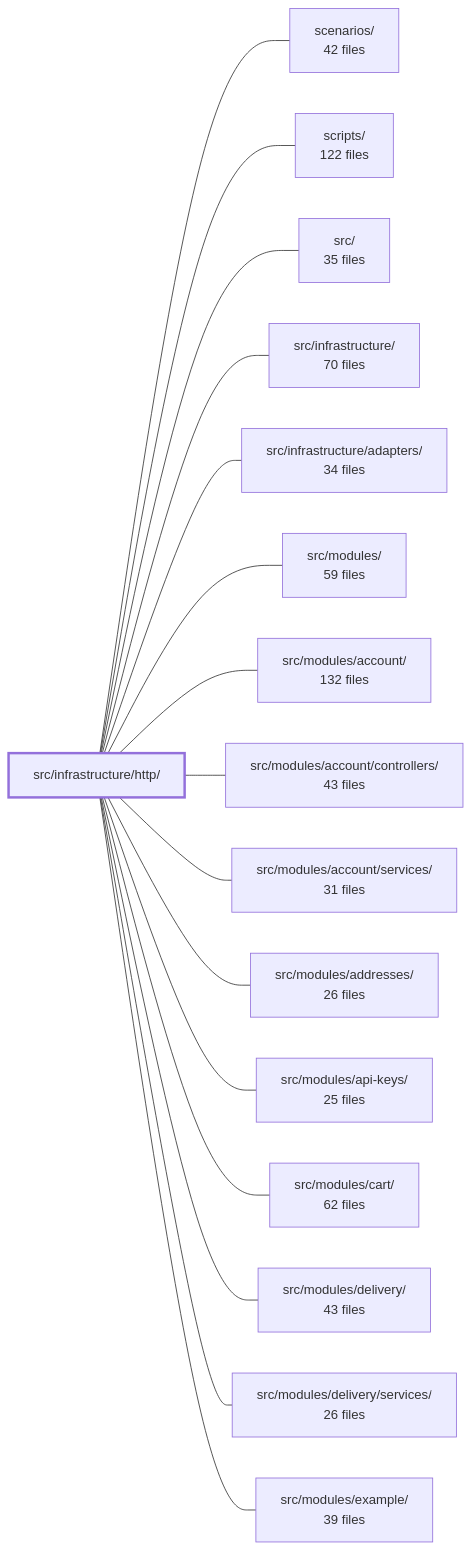
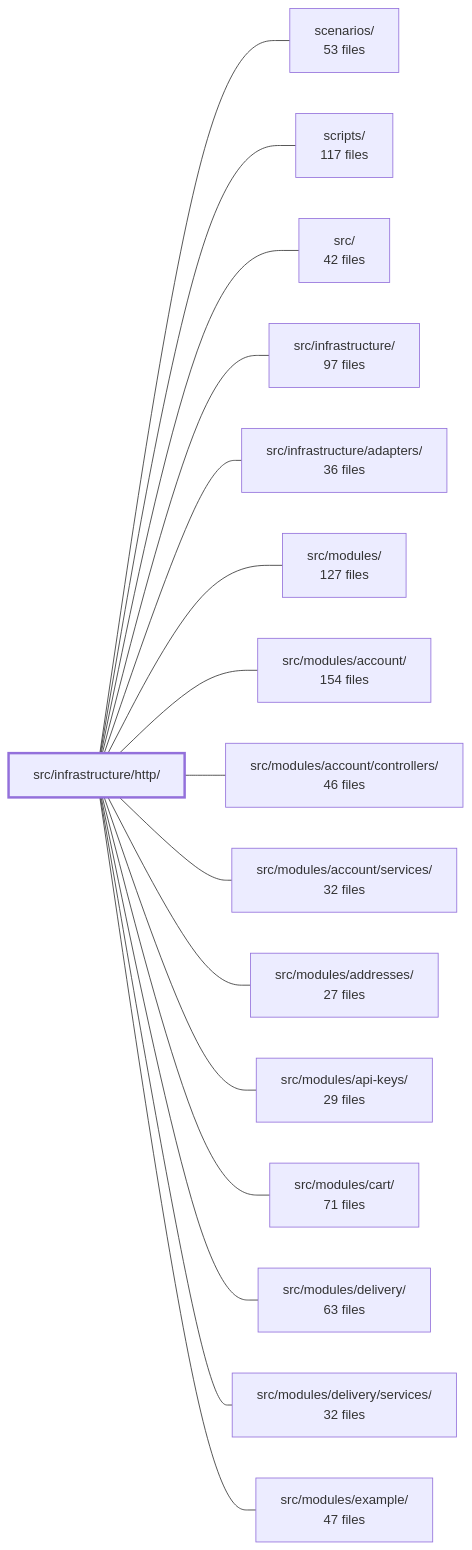
The diagram in .2brain/modules/boilerplate-node-backend_src_infrastructure_http.md (Guebbit/boilerplate-node-backend), drawn with Mermaid before and after one commit. The commit also changed other lines of this file and 1775 other files, not shown here.

````diff
--- a/.2brain/modules/boilerplate-node-backend_src_infrastructure_http.md
+++ b/.2brain/modules/boilerplate-node-backend_src_infrastructure_http.md
@@ -42,35 +43,35 @@
 ```mermaid
 flowchart LR
     m_src_infrastructure_http["src/infrastructure/http/"]
-    m_scenarios["scenarios/<br/>42 files"]
-    m_scripts["scripts/<br/>122 files"]
-    m_src["src/<br/>35 files"]
-    m_src_infrastructure["src/infrastructure/<br/>70 files"]
-    m_src_infrastructure_adapters["src/infrastructure/adapters/<br/>34 files"]
-    m_src_modules["src/modules/<br/>59 files"]
-    m_src_modules_account["src/modules/account/<br/>132 files"]
-    m_src_modules_account_controllers["src/modules/account/controllers/<br/>43 files"]
-    m_src_modules_account_services["src/modules/account/services/<br/>31 files"]
-    m_src_modules_addresses["src/modules/addresses/<br/>26 files"]
-    m_src_modules_api_keys["src/modules/api-keys/<br/>25 files"]
-    m_src_modules_cart["src/modules/cart/<br/>62 files"]
-    m_src_modules_delivery["src/modules/delivery/<br/>43 files"]
-    m_src_modules_delivery_services["src/modules/delivery/services/<br/>26 files"]
-    m_src_modules_example["src/modules/example/<br/>39 files"]
+    m_scenarios["scenarios/<br/>53 files"]
+    m_scripts["scripts/<br/>117 files"]
+    m_src["src/<br/>42 files"]
+    m_src_infrastructure["src/infrastructure/<br/>97 files"]
+    m_src_infrastructure_adapters["src/infrastructure/adapters/<br/>36 files"]
+    m_src_modules["src/modules/<br/>127 files"]
+    m_src_modules_account["src/modules/account/<br/>154 files"]
+    m_src_modules_account_controllers["src/modules/account/controllers/<br/>46 files"]
+    m_src_modules_account_services["src/modules/account/services/<br/>32 files"]
+    m_src_modules_addresses["src/modules/addresses/<br/>27 files"]
+    m_src_modules_api_keys["src/modules/api-keys/<br/>29 files"]
+    m_src_modules_cart["src/modules/cart/<br/>71 files"]
+    m_src_modules_delivery["src/modules/delivery/<br/>63 files"]
+    m_src_modules_delivery_services["src/modules/delivery/services/<br/>32 files"]
+    m_src_modules_example["src/modules/example/<br/>47 files"]
     m_src_infrastructure_http --- m_scenarios
     m_src_infrastructure_http --- m_scripts
     m_src_infrastructure_http --- m_src
     m_src_infrastructure_http --- m_src_infrastructure
     m_src_infrastructure_http --- m_src_infrastructure_adapters
     m_src_infrastructure_http --- m_src_modules
     m_src_infrastructure_http --- m_src_modules_account
     m_src_infrastructure_http --- m_src_modules_account_controllers
     m_src_infrastructure_http --- m_src_modules_account_services
     m_src_infrastructure_http --- m_src_modules_addresses
     m_src_infrastructure_http --- m_src_modules_api_keys
     m_src_infrastructure_http --- m_src_modules_cart
     m_src_infrastructure_http --- m_src_modules_delivery
     m_src_infrastructure_http --- m_src_modules_delivery_services
     m_src_infrastructure_http --- m_src_modules_example
     style m_src_infrastructure_http stroke-width:3px
 ```
````
